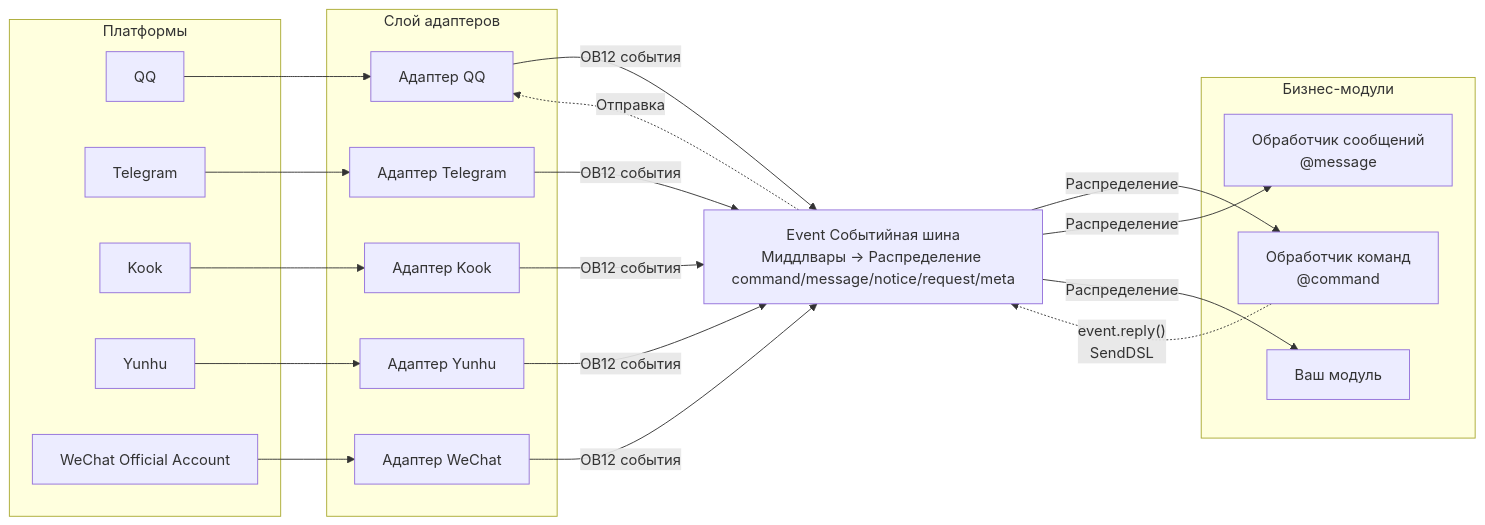
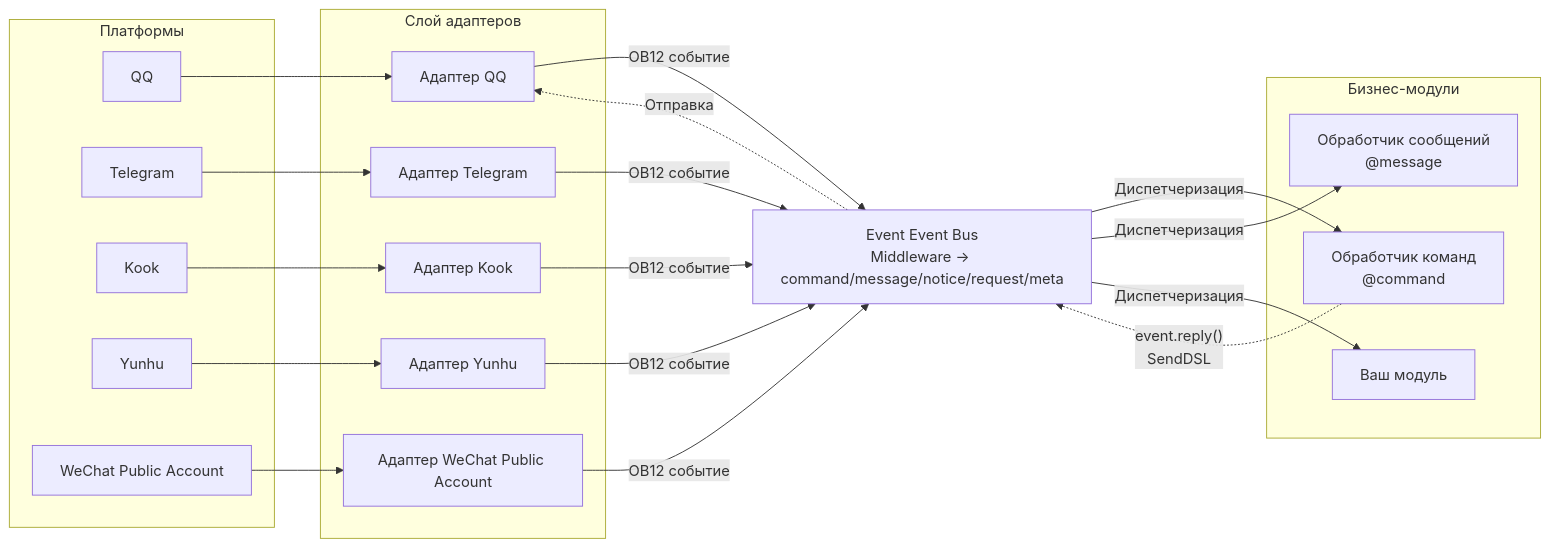
One commit to ErisPulse/ErisPulse changed the first of 2 diagrams in README.ru.md. Above: the diagram before and after it, drawn with Mermaid. The commit also changed other lines of this file and 7 other files, not shown here.

````diff
--- a/README.ru.md
+++ b/README.ru.md
@@ -111,45 +111,45 @@
 ```mermaid
 graph LR
     subgraph Platforms[Платформы]
         QQ["QQ"]
         TG["Telegram"]
         Kook["Kook"]
         YH["Yunhu"]
-        WX["WeChat Official Account"]
+        WX["WeChat Public Account"]
     end
 
     subgraph Adapters[Слой адаптеров]
         A1["Адаптер QQ"]
         A2["Адаптер Telegram"]
         A3["Адаптер Kook"]
         A4["Адаптер Yunhu"]
-        A5["Адаптер WeChat"]
+        A5["Адаптер WeChat Public Account"]
     end
 
-    Event["Event Событийная шина<br/>Миддлвары → Распределение command/message/notice/request/meta"]
+    Event["Event Event Bus<br/>Middleware → command/message/notice/request/meta"]
 
     subgraph Modules[Бизнес-модули]
         M1["Обработчик команд<br/>@command"]
         M2["Обработчик сообщений<br/>@message"]
         M3["Ваш модуль"]
     end
 
     QQ --> A1
     TG --> A2
     Kook --> A3
     YH --> A4
     WX --> A5
 
-    A1 -->|"OB12 события"| Event
-    A2 -->|"OB12 события"| Event
-    A3 -->|"OB12 события"| Event
-    A4 -->|"OB12 события"| Event
-    A5 -->|"OB12 события"| Event
+    A1 -->|"OB12 событие"| Event
+    A2 -->|"OB12 событие"| Event
+    A3 -->|"OB12 событие"| Event
+    A4 -->|"OB12 событие"| Event
+    A5 -->|"OB12 событие"| Event
 
-    Event -->|"Распределение"| M1
-    Event -->|"Распределение"| M2
-    Event -->|"Распределение"| M3
+    Event -->|"Диспетчеризация"| M1
+    Event -->|"Диспетчеризация"| M2
+    Event -->|"Диспетчеризация"| M3
 
     M1 -.->|"event.reply()<br/>SendDSL"| Event
     Event -.->|"Отправка"| A1
 ```
````
